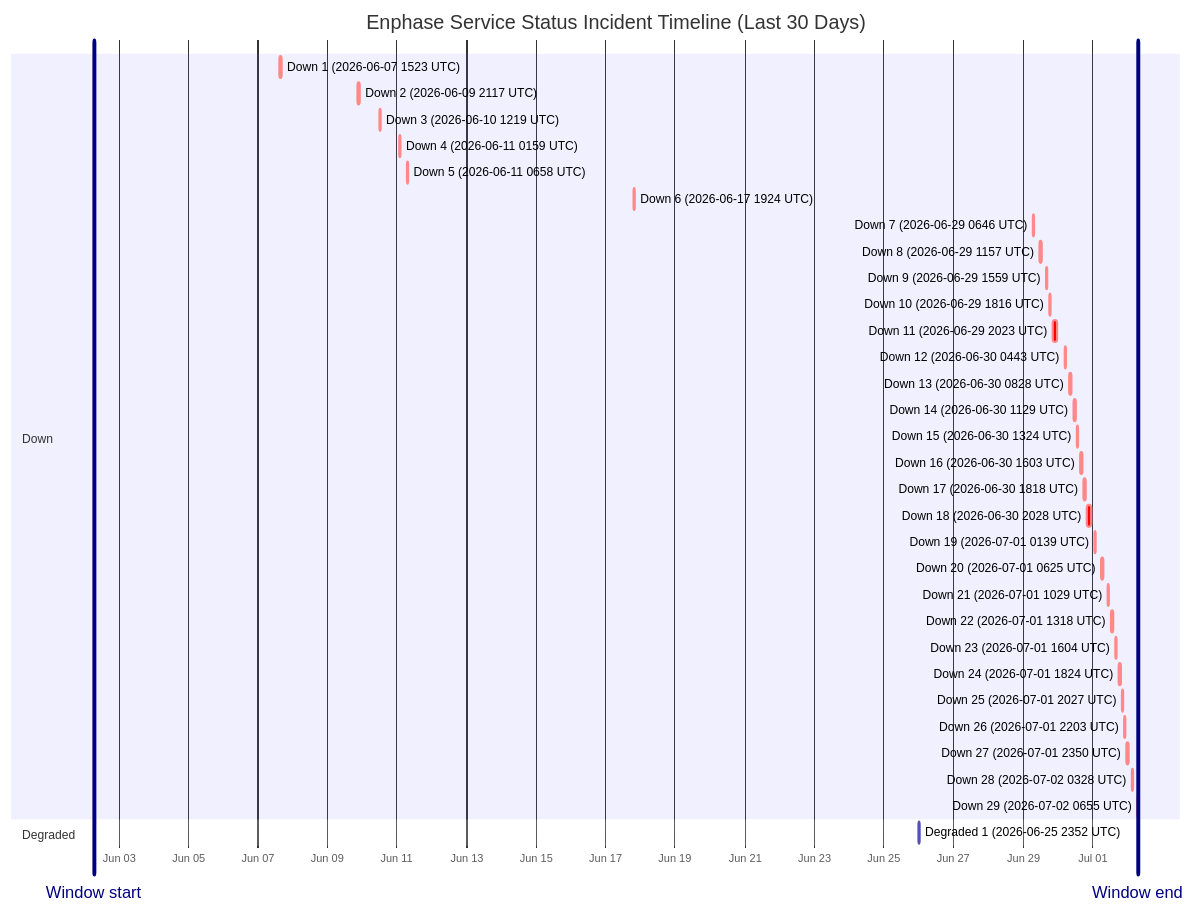
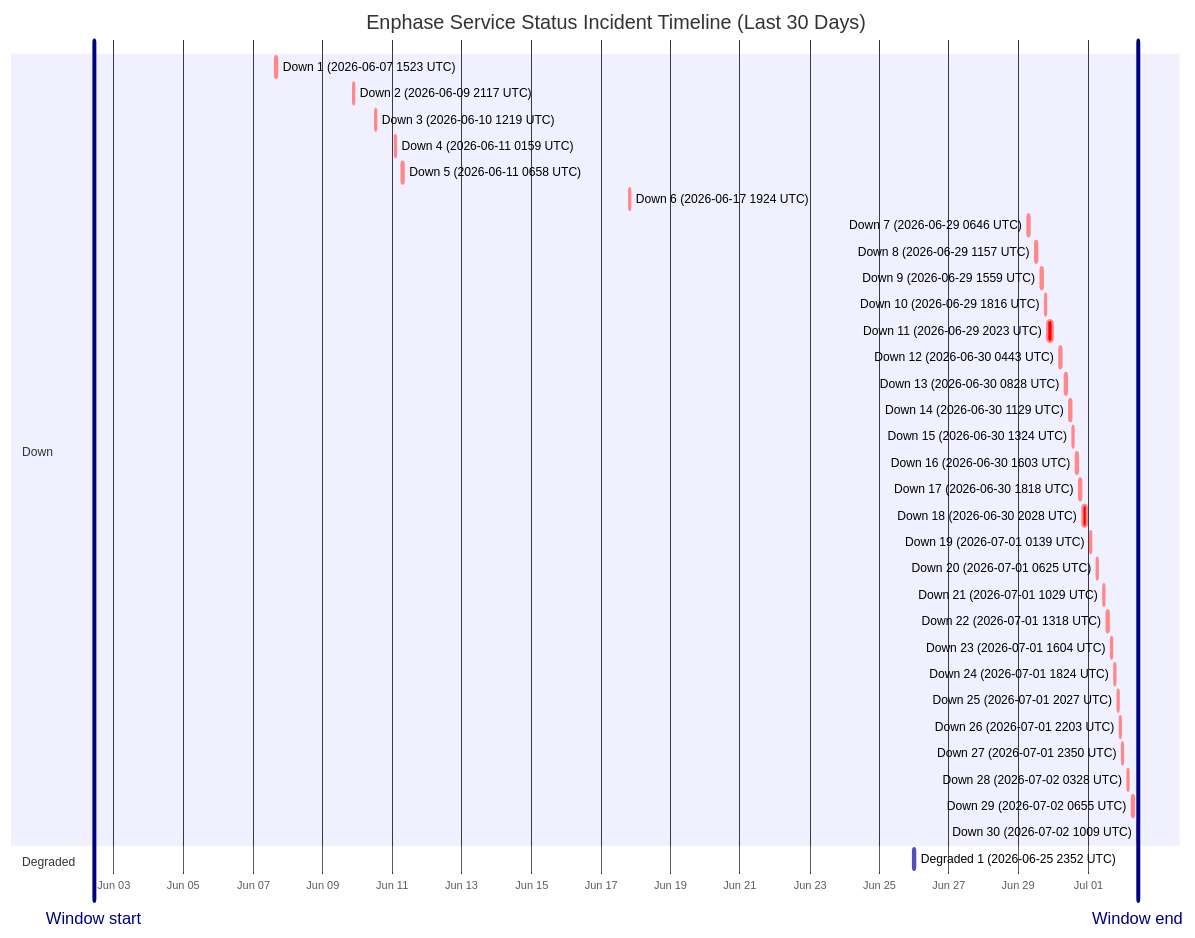
The diagram in wiki/Service-Status-History.md (barneyonline/ha-enphase-energy), drawn with Mermaid before and after one commit. The commit also changed other lines of this file and 3 other files, not shown here.

````diff
--- a/wiki/Service-Status-History.md
+++ b/wiki/Service-Status-History.md
@@ -14,40 +14,41 @@
 ```mermaid
 gantt
     title Enphase Service Status Incident Timeline (Last 30 Days)
     dateFormat  YYYY-MM-DDTHH:mm:ss
     axisFormat  %b %d
-    Window start :vert, window-start, 2026-06-02T06:55:07, 0ms
-    Window end :vert, window-end, 2026-07-02T06:55:07, 0ms
+    Window start :vert, window-start, 2026-06-02T10:09:15, 0ms
+    Window end :vert, window-end, 2026-07-02T10:09:15, 0ms
     section Down
     Down 1 (2026-06-07 1523 UTC) :crit, down-1, 2026-06-07T15:23:22, 87m
     Down 2 (2026-06-09 2117 UTC) :crit, down-2, 2026-06-09T21:17:17, 60m
     Down 3 (2026-06-10 1219 UTC) :crit, down-3, 2026-06-10T12:19:21, 60m
     Down 4 (2026-06-11 0159 UTC) :crit, down-4, 2026-06-11T01:59:36, 60m
     Down 5 (2026-06-11 0658 UTC) :crit, down-5, 2026-06-11T06:58:45, 60m
     Down 6 (2026-06-17 1924 UTC) :crit, down-6, 2026-06-17T19:24:51, 60m
     Down 7 (2026-06-29 0646 UTC) :crit, down-7, 2026-06-29T06:46:18, 60m
     Down 8 (2026-06-29 1157 UTC) :crit, down-8, 2026-06-29T11:57:36, 60m
     Down 9 (2026-06-29 1559 UTC) :crit, down-9, 2026-06-29T15:59:02, 60m
     Down 10 (2026-06-29 1816 UTC) :crit, down-10, 2026-06-29T18:16:38, 60m
     Down 11 (2026-06-29 2023 UTC) :crit, down-11, 2026-06-29T20:23:16, 220m
     Down 12 (2026-06-30 0443 UTC) :crit, down-12, 2026-06-30T04:43:54, 60m
     Down 13 (2026-06-30 0828 UTC) :crit, down-13, 2026-06-30T08:28:43, 60m
     Down 14 (2026-06-30 1129 UTC) :crit, down-14, 2026-06-30T11:29:15, 60m
     Down 15 (2026-06-30 1324 UTC) :crit, down-15, 2026-06-30T13:24:25, 60m
     Down 16 (2026-06-30 1603 UTC) :crit, down-16, 2026-06-30T16:03:26, 60m
     Down 17 (2026-06-30 1818 UTC) :crit, down-17, 2026-06-30T18:18:39, 60m
     Down 18 (2026-06-30 2028 UTC) :crit, down-18, 2026-06-30T20:28:54, 171m
     Down 19 (2026-07-01 0139 UTC) :crit, down-19, 2026-07-01T01:39:18, 60m
     Down 20 (2026-07-01 0625 UTC) :crit, down-20, 2026-07-01T06:25:35, 60m
     Down 21 (2026-07-01 1029 UTC) :crit, down-21, 2026-07-01T10:29:24, 60m
     Down 22 (2026-07-01 1318 UTC) :crit, down-22, 2026-07-01T13:18:31, 60m
     Down 23 (2026-07-01 1604 UTC) :crit, down-23, 2026-07-01T16:04:29, 60m
     Down 24 (2026-07-01 1824 UTC) :crit, down-24, 2026-07-01T18:24:21, 60m
     Down 25 (2026-07-01 2027 UTC) :crit, down-25, 2026-07-01T20:27:17, 60m
     Down 26 (2026-07-01 2203 UTC) :crit, down-26, 2026-07-01T22:03:46, 60m
     Down 27 (2026-07-01 2350 UTC) :crit, down-27, 2026-07-01T23:50:52, 60m
     Down 28 (2026-07-02 0328 UTC) :crit, down-28, 2026-07-02T03:28:33, 60m
     Down 29 (2026-07-02 0655 UTC) :crit, down-29, 2026-07-02T06:55:07, 60m
+    Down 30 (2026-07-02 1009 UTC) :crit, down-30, 2026-07-02T10:09:15, 60m
     section Degraded
     Degraded 1 (2026-06-25 2352 UTC) :active, degraded-1, 2026-06-25T23:52:01, 60m
 ```
````
